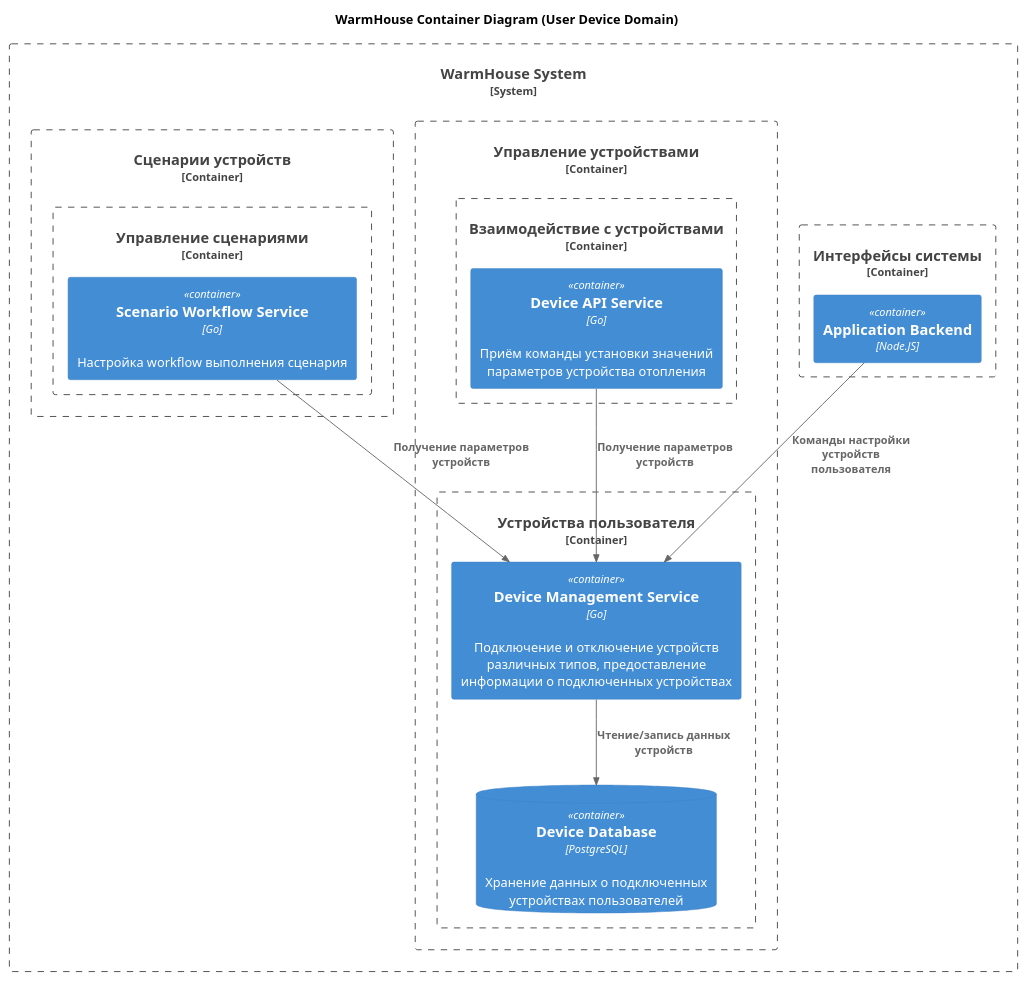
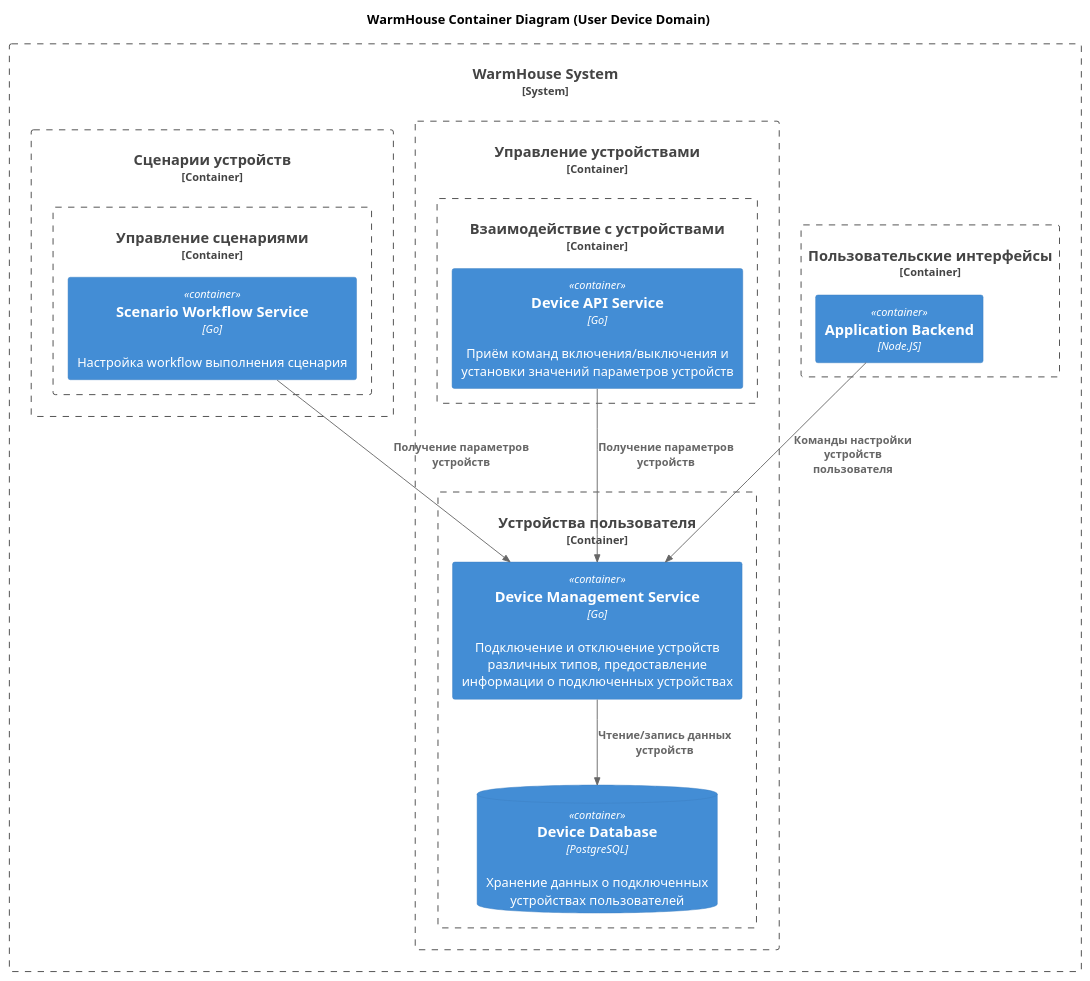
One commit to oreshkanet/ya-architecture-pro-warmhouse changed the diagram in diagrams/container/WarmHouse_Container_UserDeviceDomain.puml. Above: the diagram before and after it, drawn with PlantUML. The commit also changed 18 other files, not shown here.

Commit message:
Container Diagrams

```diff
--- a/diagrams/container/WarmHouse_Container_UserDeviceDomain.puml
+++ b/diagrams/container/WarmHouse_Container_UserDeviceDomain.puml
@@ -1,45 +1,45 @@
 @startuml WarmHouse_Container_UserDeviceDomain
 title WarmHouse Container Diagram (User Device Domain)
 
 top to bottom direction
 
 !include ../c4/C4_Container.puml
 
 skinparam wrapWidth 300
 skinparam linetype polyline
 
 System_Boundary(WarmHouseSystem, "WarmHouse System") {
-    Container_Boundary(UserInterfacesDomain, "Интерфейсы системы") {
+    Container_Boundary(UserInterfacesDomain, "Пользовательские интерфейсы") {
         Container(BackendForFrontend, "Application Backend", "Node.JS", "")
     }
 
     Container_Boundary(DeviceDomain, "Управление устройствами") {
         Container_Boundary(UserDeviceDomain, "Устройства пользователя") {
             Container(DeviceManagementService, "Device Management Service", "Go", "Подключение и отключение устройств различных типов, предоставление информации о подключенных устройствах")
             ContainerDb(DeviceDatabase, "Device Database", "PostgreSQL", "Хранение данных о подключенных устройствах пользователей")
 
             Rel(DeviceManagementService, DeviceDatabase, "Чтение/запись данных устройств")
         }
     
         Container_Boundary(DeviceIntegrationDomain, "Взаимодействие с устройствами") {
-            Container(DeviceAPIService, "Device API Service", "Go", "Приём команды установки значений параметров устройства отопления") 
+            Container(DeviceAPIService, "Device API Service", "Go", "Приём команд включения/выключения и установки значений параметров устройств") 
         }
     }
 
     Container_Boundary(ScenarioDomain, "Сценарии устройств") {
         Container_Boundary(ScenarioManagementDomain, "Управление сценариями") {
             Container(ScenarioWorkflowService, "Scenario Workflow Service", "Go", "Настройка workflow выполнения сценария")
         }
     }
 }
 
 ' Поддомен Device
 Rel(DeviceAPIService, DeviceManagementService, "Получение параметров устройств")
 
 ' Поддомен ScenarioManagementDomain
 Rel(ScenarioWorkflowService, DeviceManagementService, "Получение параметров устройств")
 
 ' Поддомен UserInterfacesDomain
 Rel(BackendForFrontend, DeviceManagementService, "Команды настройки устройств пользователя")
 
 @enduml
```
